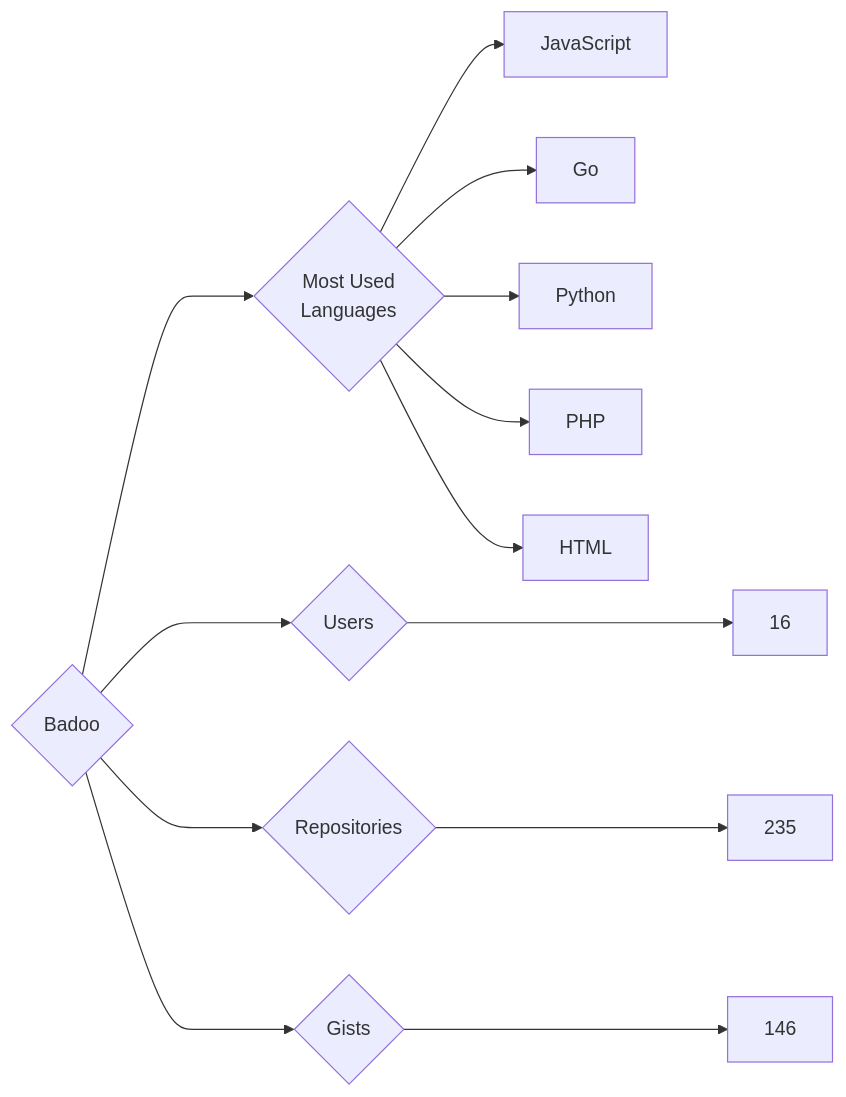
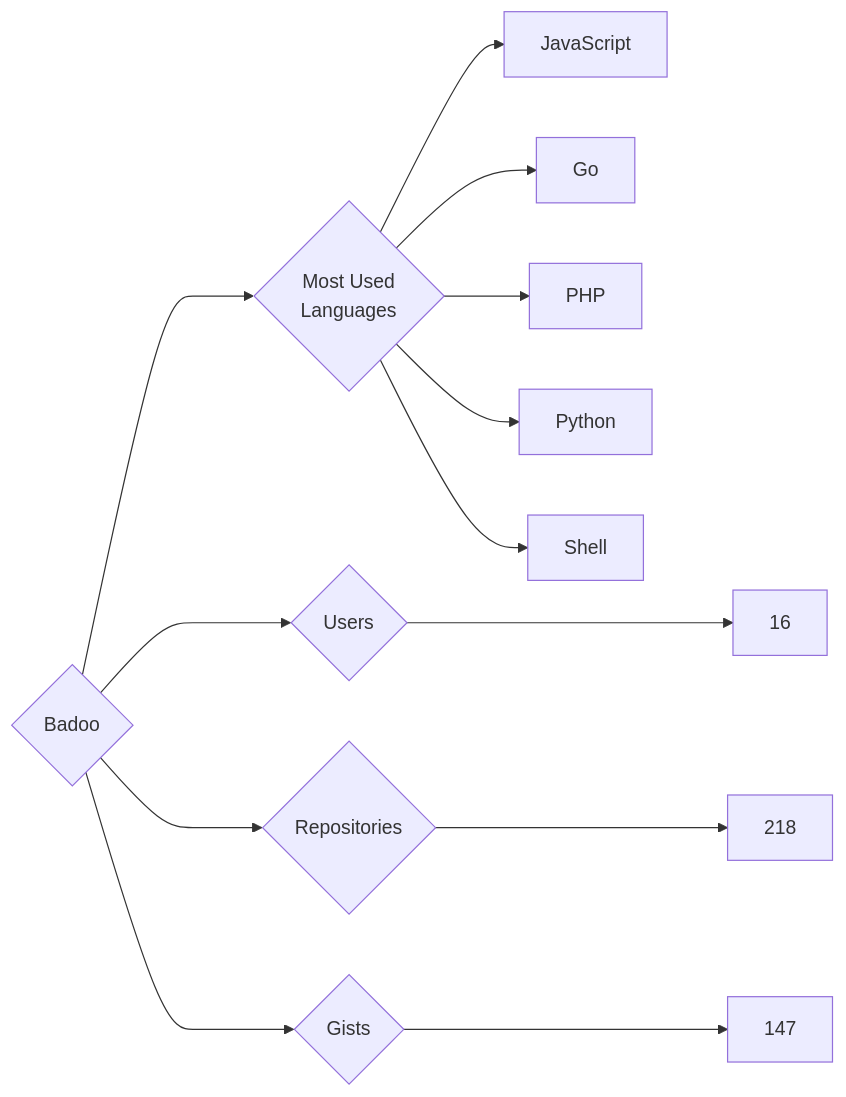
The diagram in targets/Badoo/README.md (trickest/insiders), drawn with Mermaid before and after one commit. The commit also changed 984 other files, not shown here.

````diff
--- a/targets/Badoo/README.md
+++ b/targets/Badoo/README.md
@@ -3,13 +3,13 @@
 ```mermaid
 graph LR
 COMPANY_NAME{Badoo}
 COMPANY_NAME ---> U{Users} ---> UN[16]
-COMPANY_NAME ---> R{Repositories} ---> RN[235]
-COMPANY_NAME ---> G{Gists} ---> GN[146]
+COMPANY_NAME ---> R{Repositories} ---> RN[218]
+COMPANY_NAME ---> G{Gists} ---> GN[147]
 COMPANY_NAME ---> ML{Most Used<br>Languages}
 ML --> JavaScript[JavaScript]
 ML --> Go[Go]
+ML --> PHP[PHP]
 ML --> Python[Python]
-ML --> PHP[PHP]
-ML --> HTML[HTML]
+ML --> Shell[Shell]
 ```
````
